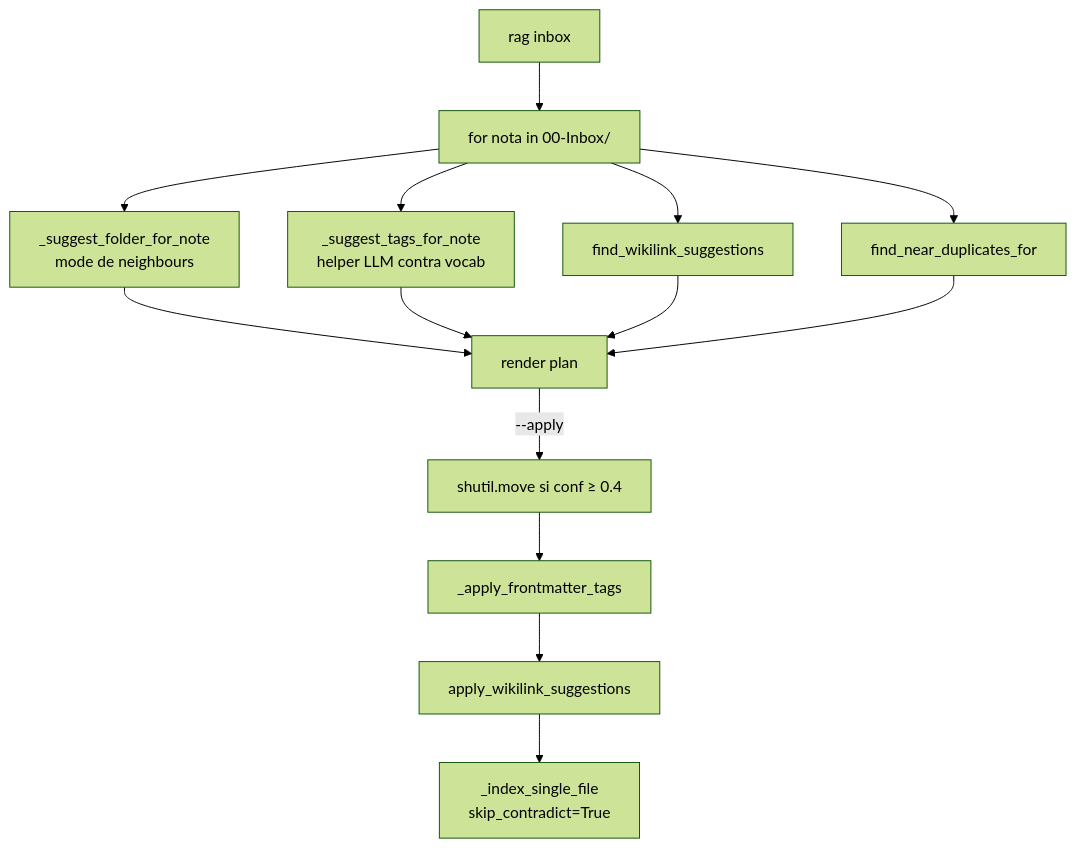
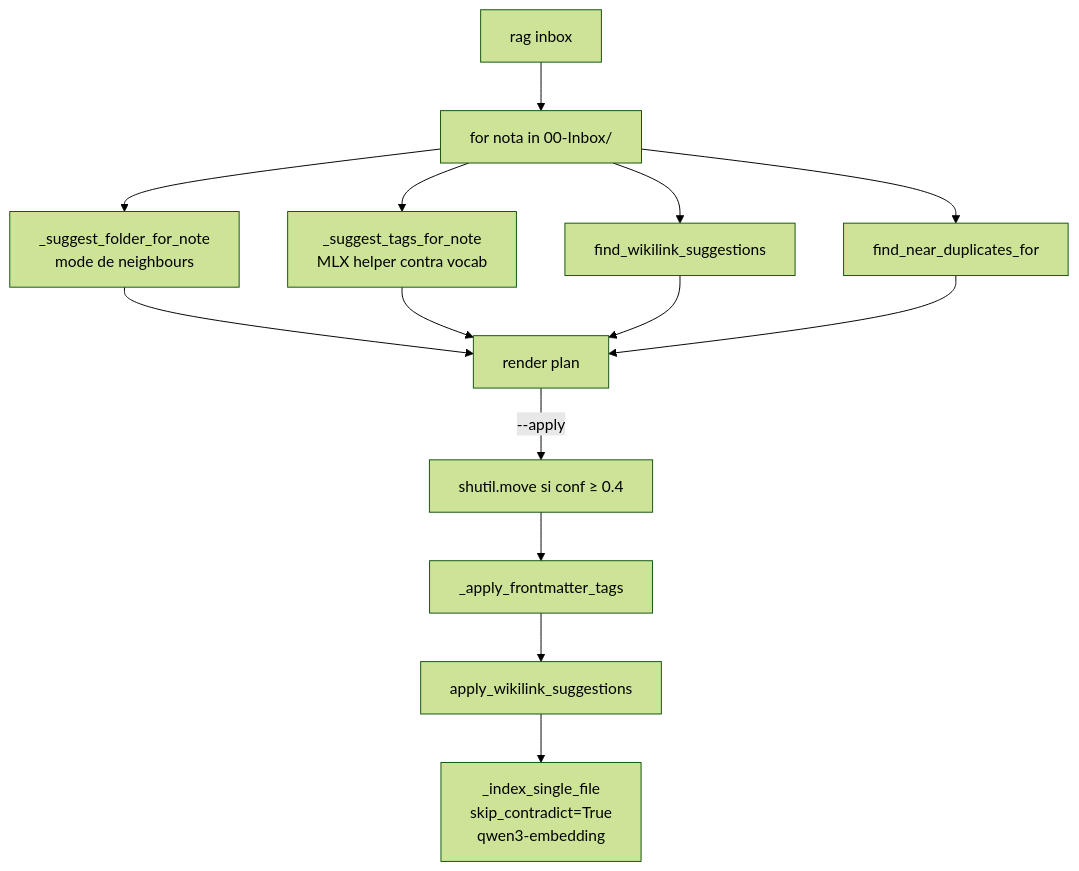
The fifth of 5 diagrams in README.md (jagoff/rag-obsidian), drawn with Mermaid (forest theme) before and after one commit. The commit also changed other lines of this file and 22 other files, not shown here.

````diff
--- a/README.md
+++ b/README.md
@@ -284,13 +314,13 @@
 ```mermaid
 flowchart TD
     Inbox[rag inbox] --> Loop[for nota in 00-Inbox/]
     Loop --> Folder[_suggest_folder_for_note<br/>mode de neighbours]
-    Loop --> Tags[_suggest_tags_for_note<br/>helper LLM contra vocab]
+    Loop --> Tags[_suggest_tags_for_note<br/>MLX helper contra vocab]
     Loop --> Wiki[find_wikilink_suggestions]
     Loop --> Dupe[find_near_duplicates_for]
     Folder & Tags & Wiki & Dupe --> Plan[render plan]
     Plan -->|--apply| Move[shutil.move si conf ≥ 0.4]
     Move --> ApplyTags[_apply_frontmatter_tags]
     ApplyTags --> ApplyWiki[apply_wikilink_suggestions]
-    ApplyWiki --> Reidx[_index_single_file<br/>skip_contradict=True]
+    ApplyWiki --> Reidx[_index_single_file<br/>skip_contradict=True<br/>qwen3-embedding]
 ```
````
